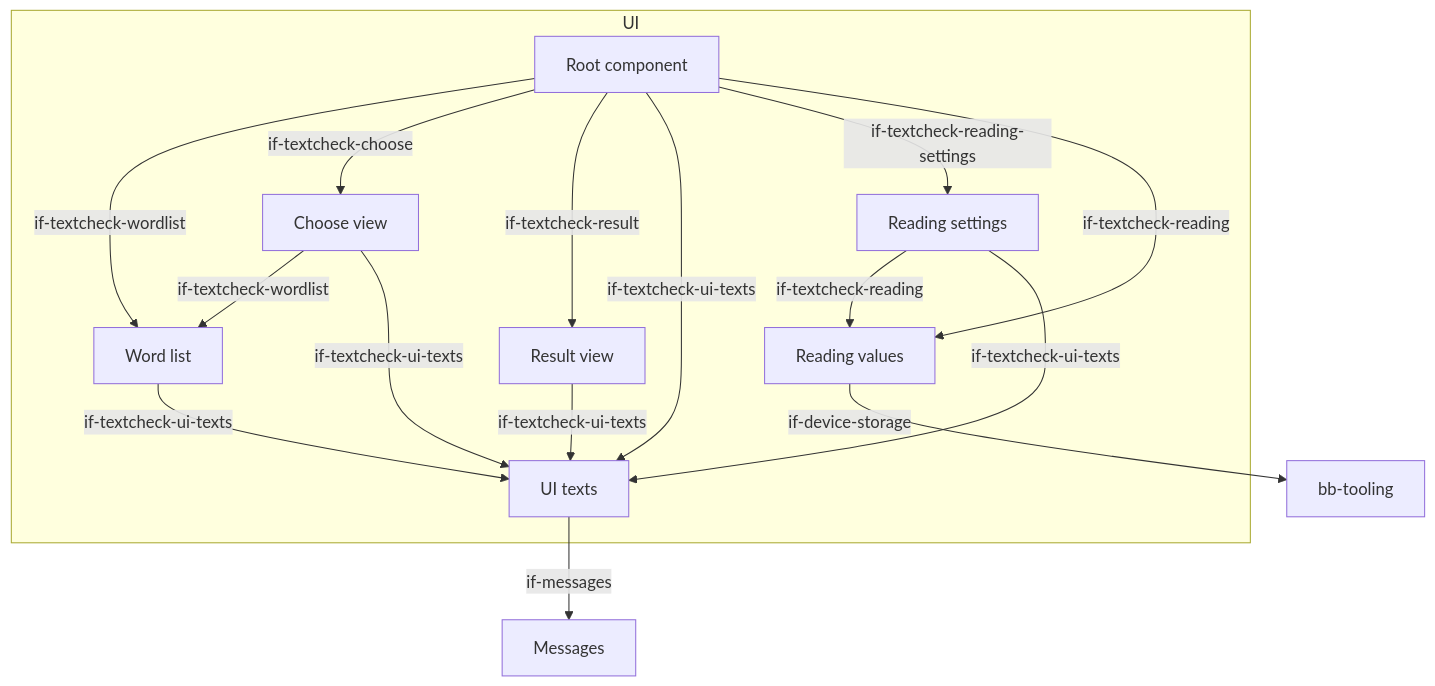
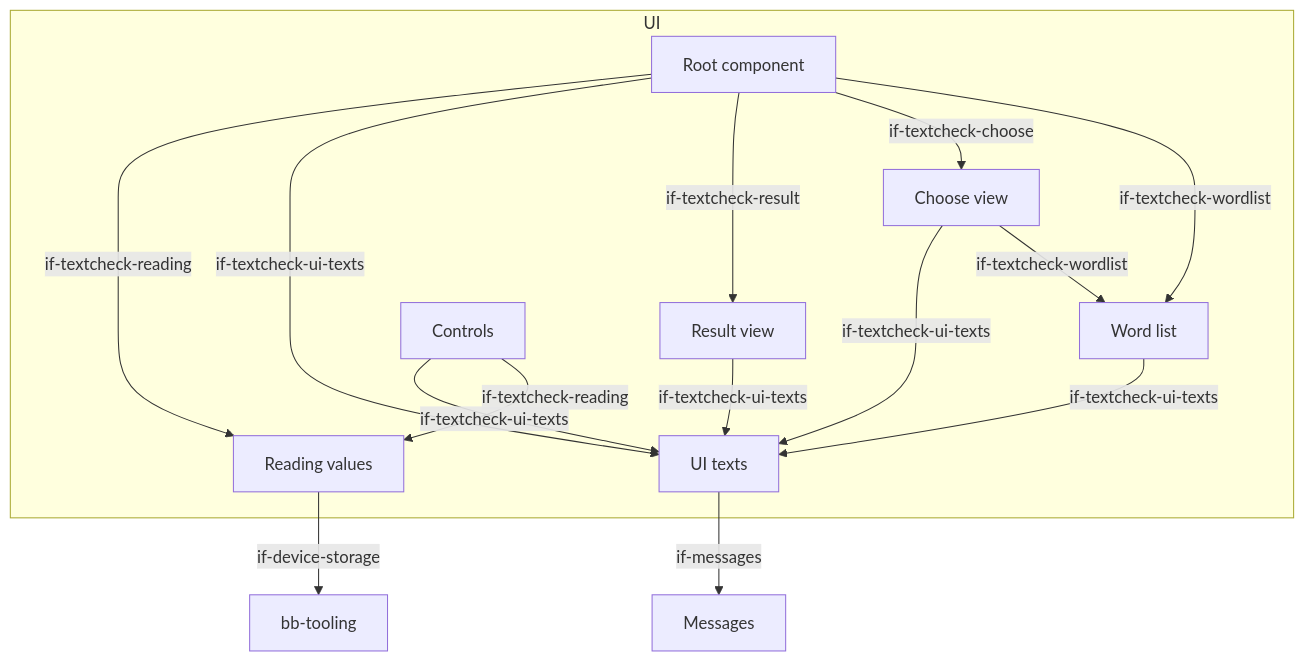
One commit to mrsimpson/textcheck changed the fifth of 6 diagrams in docs/arc42/05-building-blocks.arc42.md. Above: the diagram before and after it, drawn with Mermaid. The commit also changed other lines of this file and 11 other files, not shown here.

````diff
--- a/docs/arc42/05-building-blocks.arc42.md
+++ b/docs/arc42/05-building-blocks.arc42.md
@@ -884,27 +884,26 @@
 ```mermaid
 flowchart TB
     subgraph bb-interactive-ui["UI"]
         bb-textcheck-root["Root component"]
         bb-textcheck-wordlist["Word list"]
         bb-textcheck-choose["Choose view"]
         bb-textcheck-result["Result view"]
         bb-textcheck-ui-texts["UI texts"]
-        bb-textcheck-reading-settings["Reading settings"]
+        bb-textcheck-controls["Controls"]
         bb-textcheck-reading["Reading values"]
     end
     bb-interactive-messages["Messages"]
     bb-textcheck-root -->|"if-textcheck-wordlist"| bb-textcheck-wordlist
     bb-textcheck-root -->|"if-textcheck-choose"| bb-textcheck-choose
     bb-textcheck-root -->|"if-textcheck-result"| bb-textcheck-result
     bb-textcheck-choose -->|"if-textcheck-wordlist"| bb-textcheck-wordlist
     bb-textcheck-choose -->|"if-textcheck-ui-texts"| bb-textcheck-ui-texts
     bb-textcheck-root -->|"if-textcheck-ui-texts"| bb-textcheck-ui-texts
     bb-textcheck-wordlist -->|"if-textcheck-ui-texts"| bb-textcheck-ui-texts
     bb-textcheck-result -->|"if-textcheck-ui-texts"| bb-textcheck-ui-texts
     bb-textcheck-ui-texts -->|"if-messages"| bb-interactive-messages
-    bb-textcheck-root -->|"if-textcheck-reading-settings"| bb-textcheck-reading-settings
     bb-textcheck-root -->|"if-textcheck-reading"| bb-textcheck-reading
-    bb-textcheck-reading-settings -->|"if-textcheck-reading"| bb-textcheck-reading
-    bb-textcheck-reading-settings -->|"if-textcheck-ui-texts"| bb-textcheck-ui-texts
+    bb-textcheck-controls -->|"if-textcheck-reading"| bb-textcheck-reading
+    bb-textcheck-controls -->|"if-textcheck-ui-texts"| bb-textcheck-ui-texts
     bb-textcheck-reading -->|"if-device-storage"| bb-tooling
 ```
````
